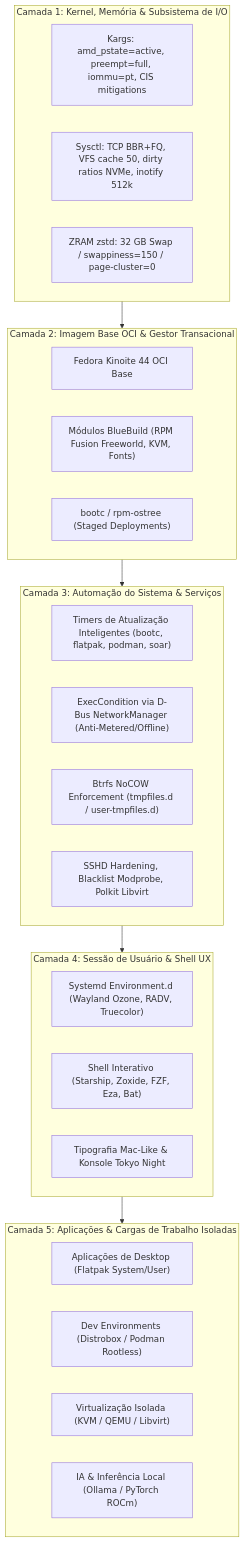
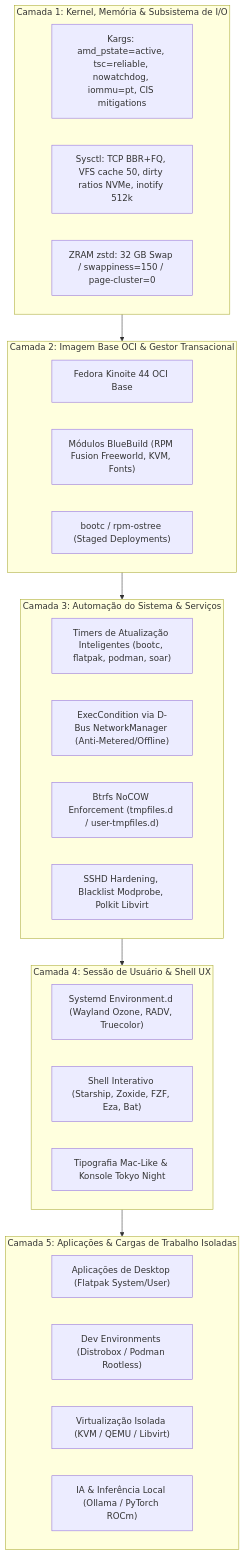
One commit to jbdsjunior/kinoite-bluebuild changed the second of 2 diagrams in docs/TECHNICAL_ARCHITECTURE.md. Above: the diagram before and after it, drawn with Mermaid. The commit also changed other lines of this file and 4 other files, not shown here.

````diff
--- a/docs/TECHNICAL_ARCHITECTURE.md
+++ b/docs/TECHNICAL_ARCHITECTURE.md
@@ -111,39 +111,39 @@
 ```mermaid
 graph TD
     subgraph L5["Camada 5: Aplicações & Cargas de Trabalho Isoladas"]
         APP_FLATPAK["Aplicações de Desktop (Flatpak System/User)"]
         APP_DEV["Dev Environments (Distrobox / Podman Rootless)"]
         APP_VIRT["Virtualização Isolada (KVM / QEMU / Libvirt)"]
         APP_AI["IA & Inferência Local (Ollama / PyTorch ROCm)"]
     end
 
     subgraph L4["Camada 4: Sessão de Usuário & Shell UX"]
         ENV_SESSION["Systemd Environment.d (Wayland Ozone, RADV, Truecolor)"]
         SHELL_UX["Shell Interativo (Starship, Zoxide, FZF, Eza, Bat)"]
         UI_THEME["Tipografia Mac-Like & Konsole Tokyo Night"]
     end
 
     subgraph L3["Camada 3: Automação do Sistema & Serviços"]
         TIMERS["Timers de Atualização Inteligentes (bootc, flatpak, podman, soar)"]
         NET_RESILIENCE["ExecCondition via D-Bus NetworkManager (Anti-Metered/Offline)"]
         TMPFILES["Btrfs NoCOW Enforcement (tmpfiles.d / user-tmpfiles.d)"]
         SYS_HARDEN["SSHD Hardening, Blacklist Modprobe, Polkit Libvirt"]
     end
 
     subgraph L2["Camada 2: Imagem Base OCI & Gestor Transacional"]
         BASE_OS["Fedora Kinoite 44 OCI Base"]
         BLUEBUILD["Módulos BlueBuild (RPM Fusion Freeworld, KVM, Fonts)"]
         BOOTC_ENGINE["bootc / rpm-ostree (Staged Deployments)"]
     end
 
     subgraph L1["Camada 1: Kernel, Memória & Subsistema de I/O"]
-        K_ARGS["Kargs: amd_pstate=active, preempt=full, iommu=pt, CIS mitigations"]
+        K_ARGS["Kargs: amd_pstate=active, tsc=reliable, nowatchdog, iommu=pt, CIS mitigations"]
         SYSCTL_TUNE["Sysctl: TCP BBR+FQ, VFS cache 50, dirty ratios NVMe, inotify 512k"]
         ZRAM_GEN["ZRAM zstd: 32 GB Swap / swappiness=150 / page-cluster=0"]
     end
 
     L1 --> L2
     L2 --> L3
     L3 --> L4
     L4 --> L5
 ```
````
